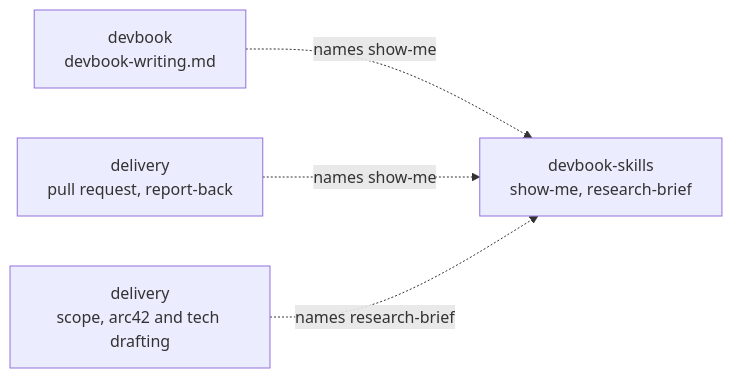
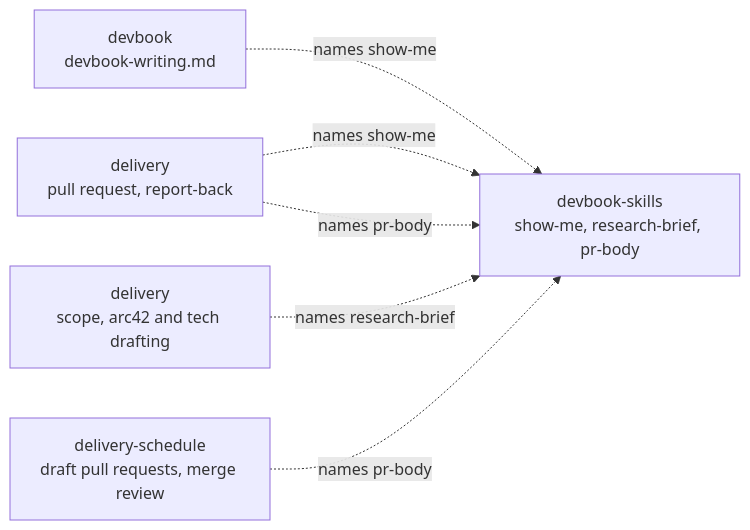
Before and after one commit to JSdotNet/ai-agent-stack: the diagram in .devbook/arc42/building-blocks/devbook-skills.md, drawn with Mermaid. The commit also changed other lines of this file and 15 other files, not shown here.

First line of the commit message:
devbook-skills: add pr-body, named by the PR phase and the sweeps

````diff
--- a/.devbook/arc42/building-blocks/devbook-skills.md
+++ b/.devbook/arc42/building-blocks/devbook-skills.md
@@ -94,6 +117,8 @@
 ```mermaid
 flowchart LR
-    DEV["devbook<br/>devbook-writing.md"] -.->|"names show-me"| SK["devbook-skills<br/>show-me, research-brief"]
+    DEV["devbook<br/>devbook-writing.md"] -.->|"names show-me"| SK["devbook-skills<br/>show-me, research-brief, pr-body"]
     DEL["delivery<br/>pull request, report-back"] -.->|"names show-me"| SK
     DELS["delivery<br/>scope, arc42 and tech drafting"] -.->|"names research-brief"| SK
+    DEL -.->|"names pr-body"| SK
+    SCH["delivery-schedule<br/>draft pull requests, merge review"] -.->|"names pr-body"| SK
 ```
````
